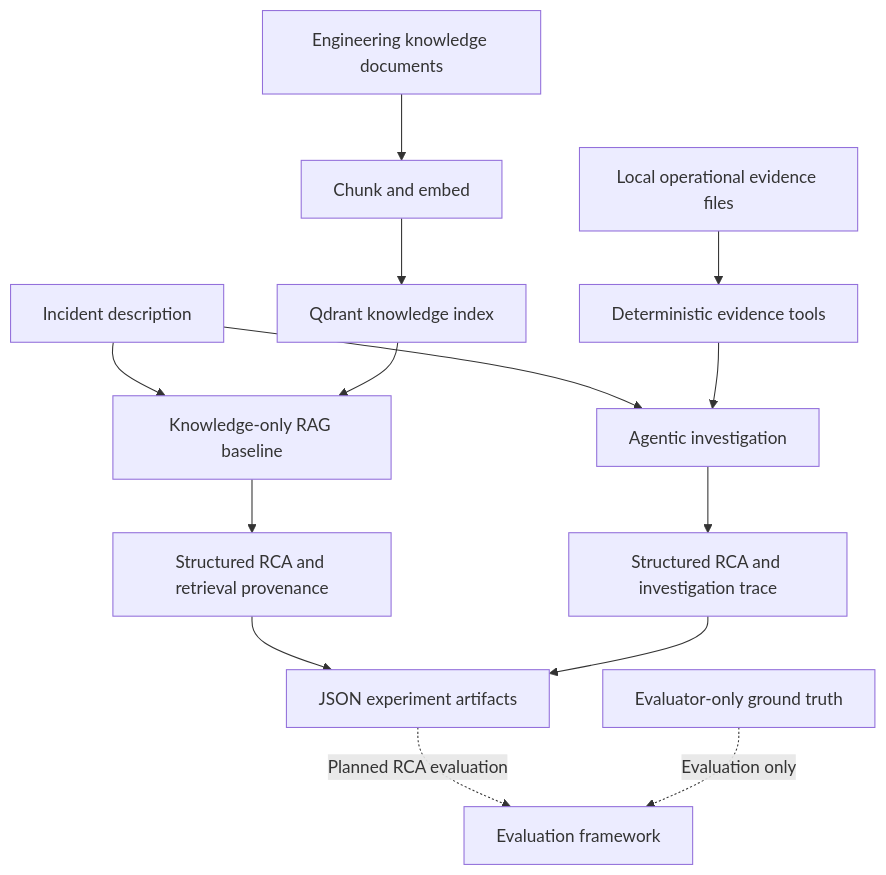
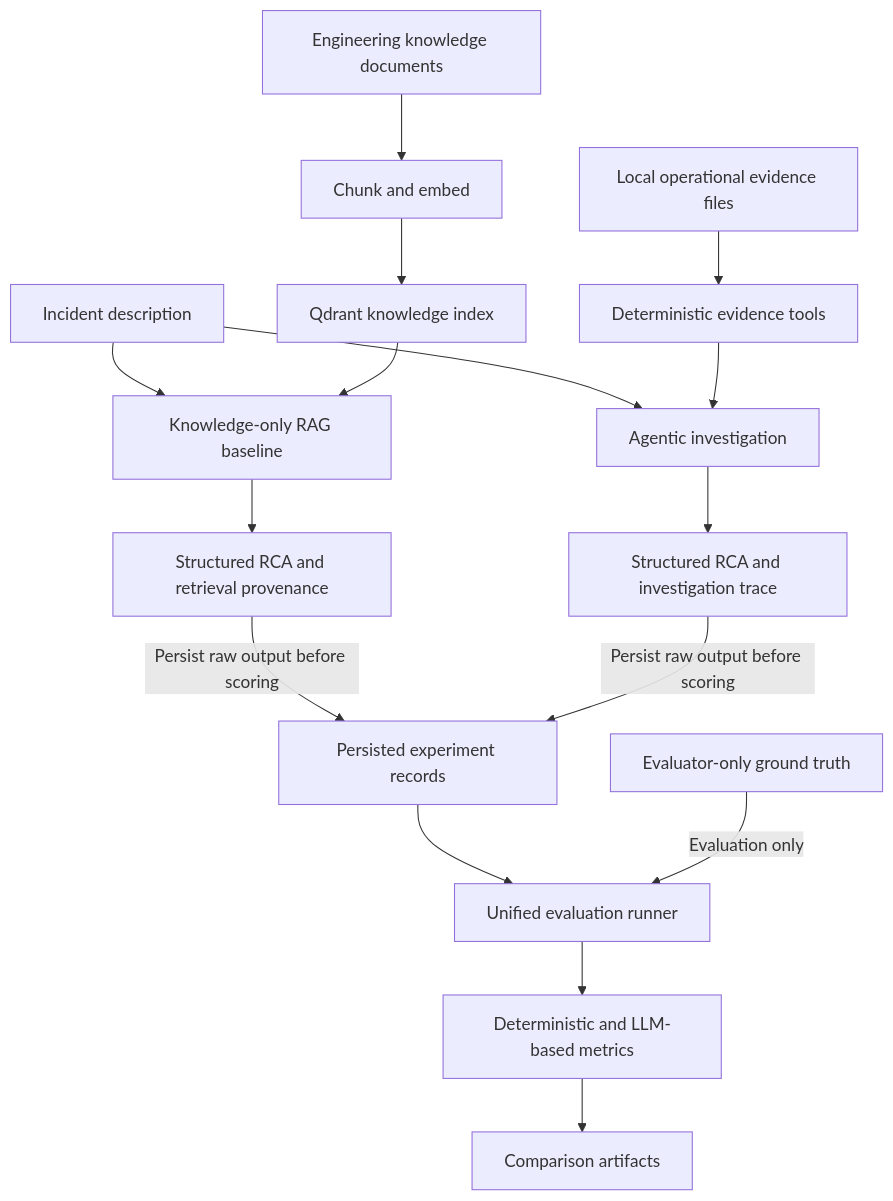
One commit to gaganjawa/traceroot changed the first of 3 diagrams in docs/ARCHITECTURE.md. Above: the diagram before and after it, drawn with Mermaid. The commit also changed other lines of this file and 2 other files, not shown here.

````diff
--- a/docs/ARCHITECTURE.md
+++ b/docs/ARCHITECTURE.md
@@ -13,16 +13,18 @@
 ```mermaid
 flowchart TB
     I[Incident description] --> R[Knowledge-only RAG baseline]
     I --> A[Agentic investigation]
     K[Engineering knowledge documents] --> C[Chunk and embed]
     C --> Q[Qdrant knowledge index]
     Q --> R
     E[Local operational evidence files] --> T[Deterministic evidence tools]
     T --> A
     R --> RR[Structured RCA and retrieval provenance]
     A --> AR[Structured RCA and investigation trace]
-    RR --> P[JSON experiment artifacts]
-    AR --> P
-    P -. Planned RCA evaluation .-> V[Evaluation framework]
-    G[Evaluator-only ground truth] -. Evaluation only .-> V
+    RR -->|Persist raw output before scoring| P[Persisted experiment records]
+    AR -->|Persist raw output before scoring| P
+    P --> V[Unified evaluation runner]
+    G[Evaluator-only ground truth] -->|Evaluation only| V
+    V --> M[Deterministic and LLM-based metrics]
+    M --> X[Comparison artifacts]
 ```
````
